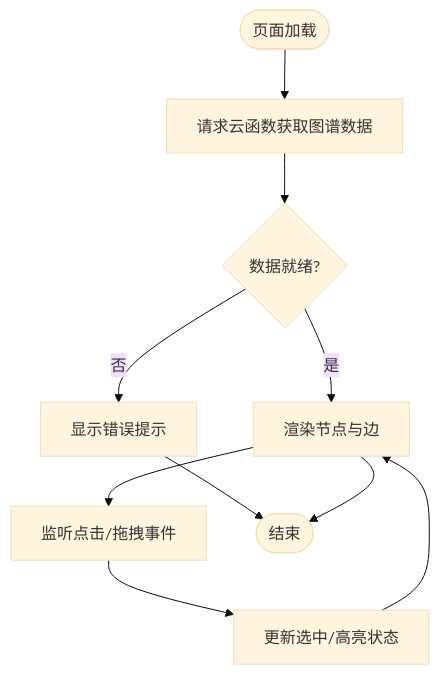
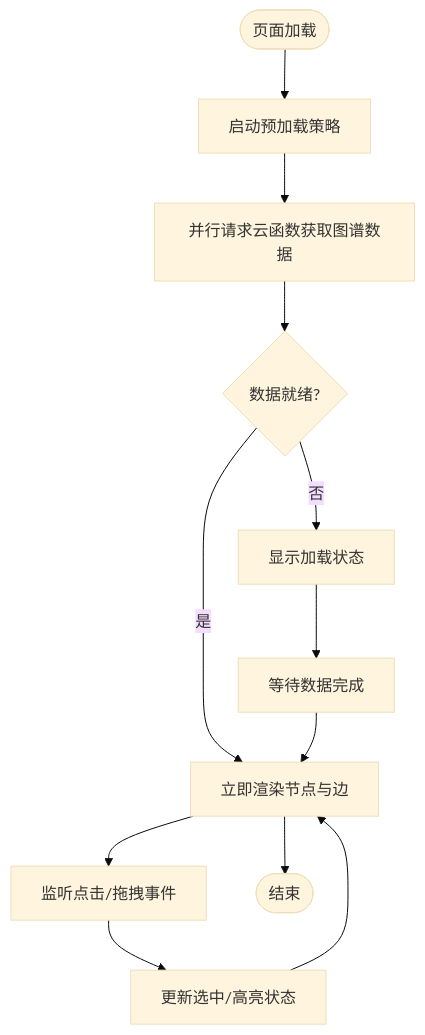
The third of 6 diagrams in .qoder/repowiki/zh/content/UI组件库/知识图谱可视化组件.md (cwb7756/bio), drawn with Mermaid (base theme) before and after one commit. The commit also changed other lines of this file and 35 other files, not shown here.

````diff
--- a/.qoder/repowiki/zh/content/UI组件库/知识图谱可视化组件.md
+++ b/.qoder/repowiki/zh/content/UI组件库/知识图谱可视化组件.md
@@ -138,12 +150,14 @@
 ```mermaid
 flowchart TD
-Start(["页面加载"]) --> LoadData["请求云函数获取图谱数据"]
+Start(["页面加载"]) --> Preload["启动预加载策略"]
+Preload --> LoadData["并行请求云函数获取图谱数据"]
 LoadData --> DataReady{"数据就绪?"}
-DataReady --> |否| ShowError["显示错误提示"]
-DataReady --> |是| Render["渲染节点与边"]
+DataReady --> |否| ShowLoading["显示加载状态"]
+DataReady --> |是| Render["立即渲染节点与边"]
 Render --> Interact["监听点击/拖拽事件"]
 Interact --> UpdateState["更新选中/高亮状态"]
 UpdateState --> Render
-ShowError --> End(["结束"])
-Render --> End
+ShowLoading --> WaitData["等待数据完成"]
+WaitData --> Render
+Render --> End(["结束"])
 ```
````
